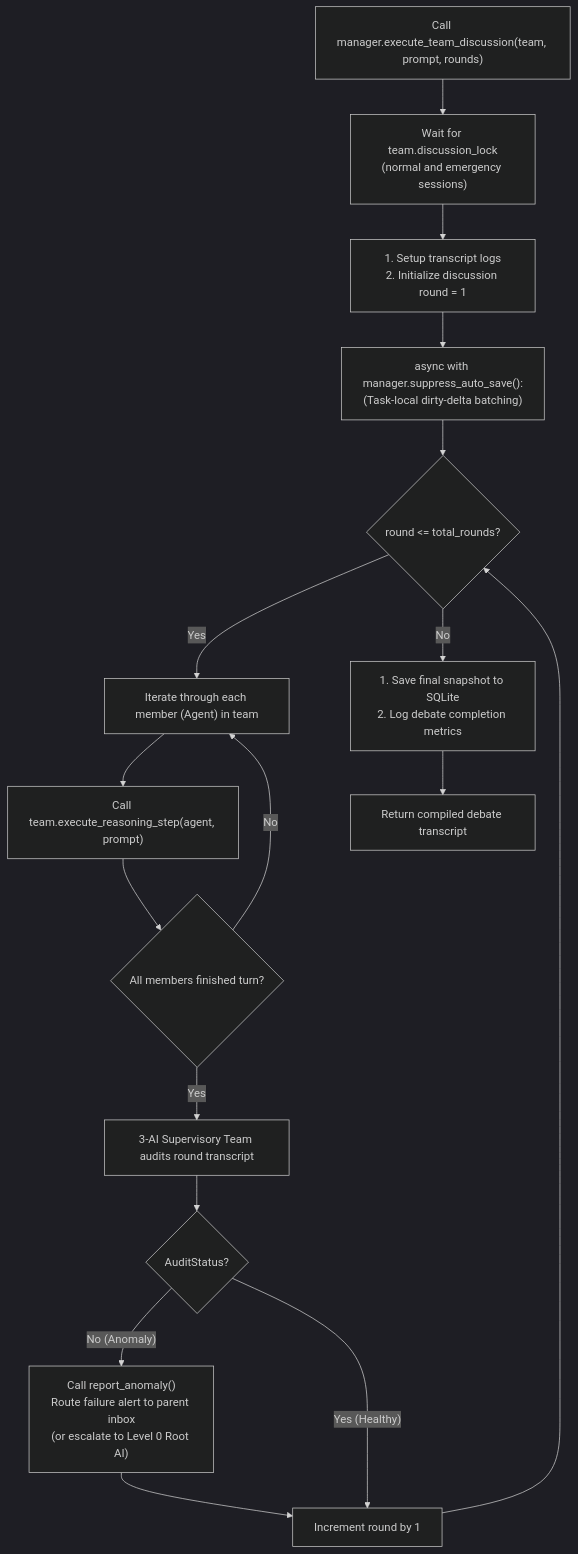
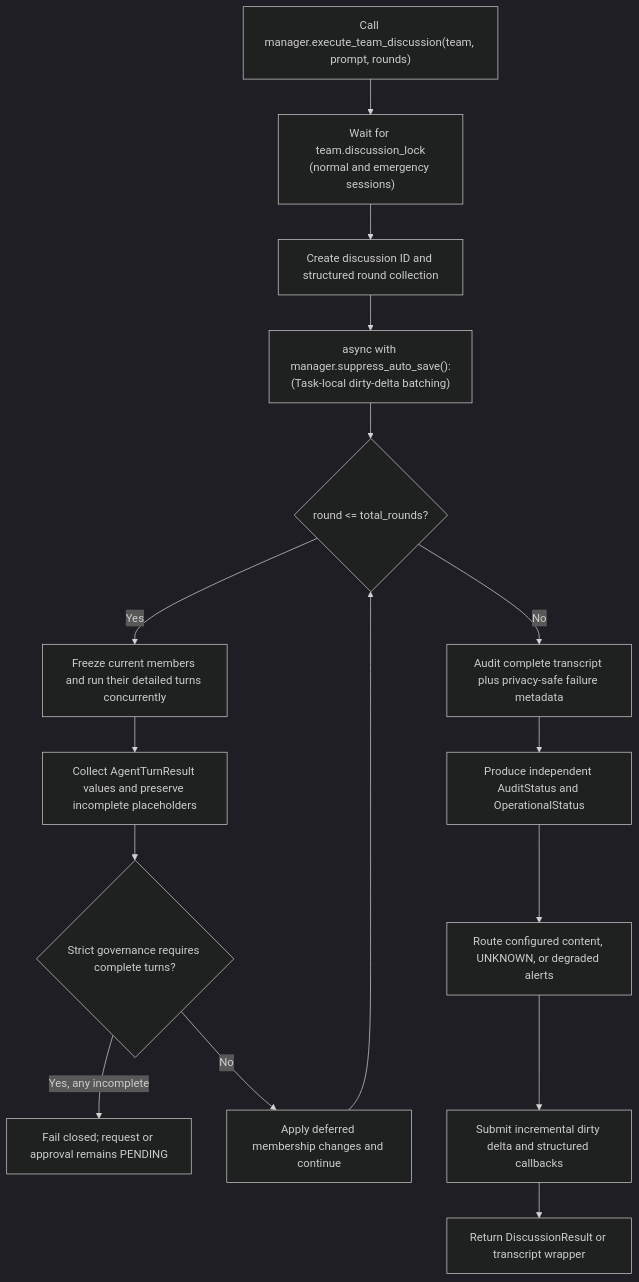
One commit to AI-Team-Team/AI-Team-Team changed the third of 4 diagrams in docs/flowcharts/Tooling_and_Execution.md. Above: the diagram before and after it, drawn with Mermaid (dark theme). The commit also changed other lines of this file and 38 other files, not shown here.

````diff
--- a/docs/flowcharts/Tooling_and_Execution.md
+++ b/docs/flowcharts/Tooling_and_Execution.md
@@ -92,29 +101,22 @@
 ```mermaid
 flowchart TD
     Start["Call manager.execute_team_discussion(team, prompt, rounds)"] --> SessionLock["Wait for team.discussion_lock\n(normal and emergency sessions)"]
-    SessionLock --> Init["1. Setup transcript logs\n2. Initialize discussion round = 1"]
+    SessionLock --> Init["Create discussion ID and structured round collection"]
     
     Init --> SuppressIOGate["async with manager.suppress_auto_save():\n(Task-local dirty-delta batching)"]
     SuppressIOGate --> LoopRounds{"round <= total_rounds?"}
     
-    LoopRounds -- "Yes" --> MemberIteration["Iterate through each member (Agent) in team"]
-    
-    MemberIteration --> RunAgentStep["Call team.execute_reasoning_step(agent, prompt)"]
-    
-    RunAgentStep --> NextMember{"All members finished turn?"}
-    NextMember -- "No" --> MemberIteration
-    
-    NextMember -- "Yes" --> SupervisoryAudit["3-AI Supervisory Team audits round transcript"]
-    
-    SupervisoryAudit --> AuditResult{"AuditStatus?"}
-    
-    AuditResult -- "No (Anomaly)" --> ReportAnomaly["Call report_anomaly()\nRoute failure alert to parent inbox\n(or escalate to Level 0 Root AI)"]
-    ReportAnomaly --> IncrementRound["Increment round by 1"]
-    
-    AuditResult -- "Yes (Healthy)" --> IncrementRound
+    LoopRounds -- "Yes" --> MemberIteration["Freeze current members and run their detailed turns concurrently"]
+    MemberIteration --> CollectTurns["Collect AgentTurnResult values and preserve incomplete placeholders"]
+    CollectTurns --> GovernanceGate{"Strict governance requires complete turns?"}
+    GovernanceGate -- "Yes, any incomplete" --> Pending["Fail closed; request or approval remains PENDING"]
+    GovernanceGate -- "No" --> IncrementRound["Apply deferred membership changes and continue"]
     
     IncrementRound --> LoopRounds
     
-    LoopRounds -- "No" --> FinalizeState["1. Save final snapshot to SQLite\n2. Log debate completion metrics"]
-    FinalizeState --> End["Return compiled debate transcript"]
+    LoopRounds -- "No" --> SupervisoryAudit["Audit complete transcript plus privacy-safe failure metadata"]
+    SupervisoryAudit --> AuditResult["Produce independent AuditStatus and OperationalStatus"]
+    AuditResult --> Escalation["Route configured content, UNKNOWN, or degraded alerts"]
+    Escalation --> FinalizeState["Submit incremental dirty delta and structured callbacks"]
+    FinalizeState --> End["Return DiscussionResult or transcript wrapper"]
 ```
````
